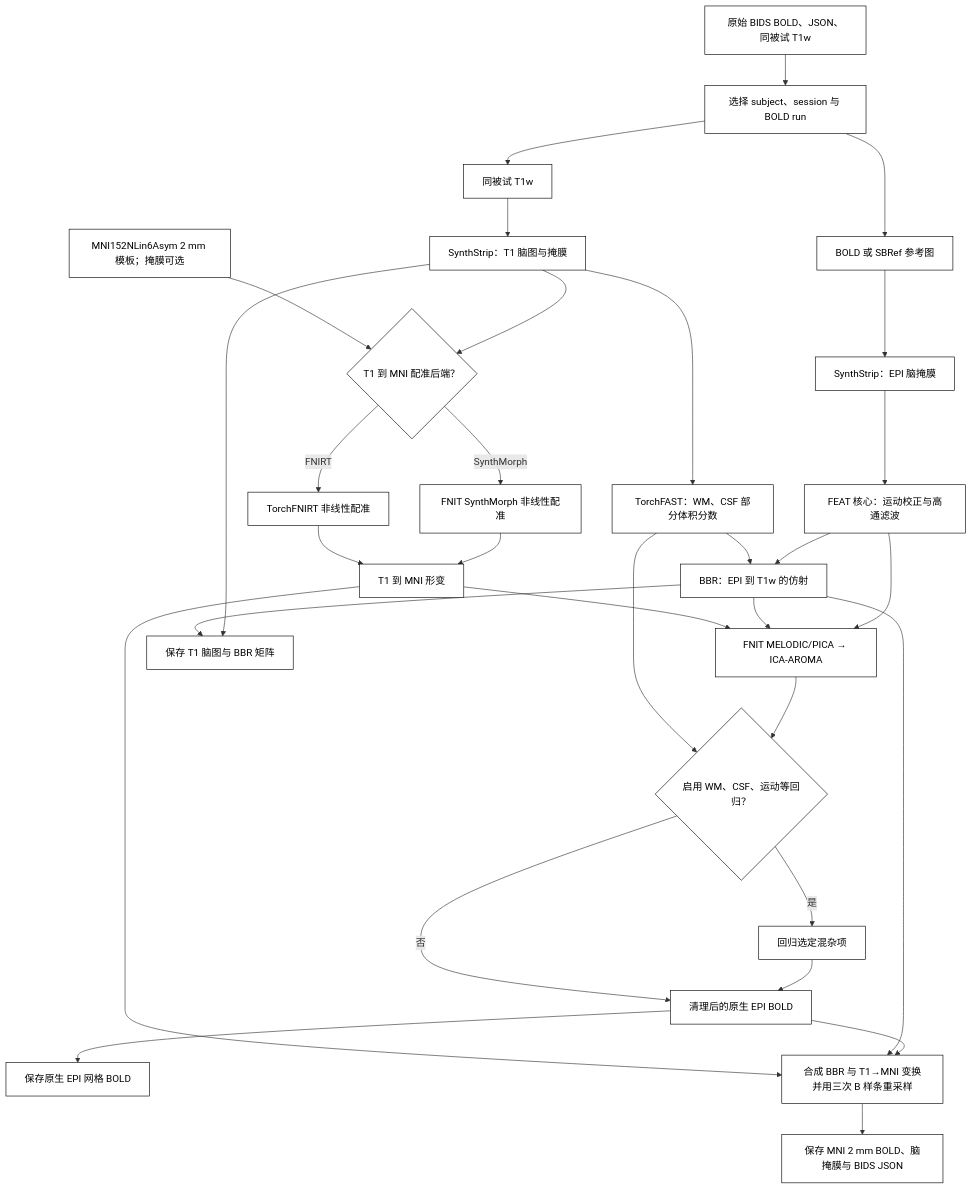
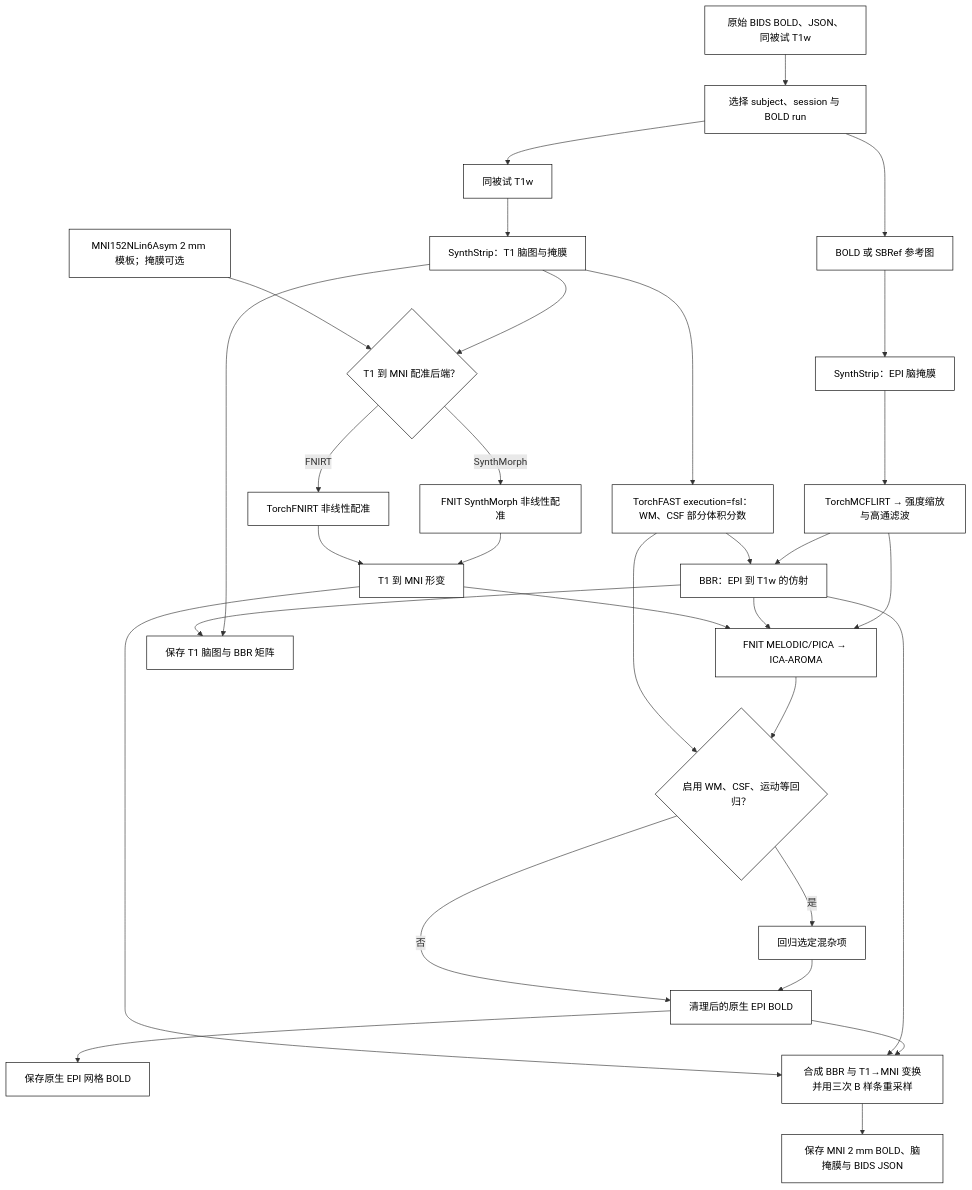
The diagram in docs/fmri/README.md (weikanggong1/Fudan-Neuroimaging-toolkit), drawn with Mermaid before and after one commit. The commit also changed other lines of this file and 38 other files, not shown here.

````diff
--- a/docs/fmri/README.md
+++ b/docs/fmri/README.md
@@ -7,31 +7,31 @@
 ```mermaid
 flowchart TD
     BIDS["原始 BIDS BOLD、JSON、同被试 T1w"] --> SEL["选择 subject、session 与 BOLD run"]
     SEL --> EPI["BOLD 或 SBRef 参考图"]
     SEL --> T1["同被试 T1w"]
-    EPI --> MASK["SynthStrip：EPI 脑掩膜"] --> FEAT["FEAT 核心：运动校正与高通滤波"]
-    T1 --> BRAIN["SynthStrip：T1 脑图与掩膜"] --> FAST["TorchFAST：WM、CSF 部分体积分数"]
+    EPI --> MASK["SynthStrip：EPI 脑掩膜"] --> FEAT["TorchMCFLIRT → 强度缩放与高通滤波"]
+    T1 --> BRAIN["SynthStrip：T1 脑图与掩膜"] --> FAST["TorchFAST execution=fsl：WM、CSF 部分体积分数"]
     FEAT --> BBR["BBR：EPI 到 T1w 的仿射"]
     FAST --> BBR
     BRAIN --> REG{"T1 到 MNI 配准后端？"}
     MNI["MNI152NLin6Asym 2 mm 模板；掩膜可选"] --> REG
     REG -- SynthMorph --> SM["FNIT SynthMorph 非线性配准"]
     REG -- FNIRT --> FN["TorchFNIRT 非线性配准"]
     SM --> XFM["T1 到 MNI 形变"]
     FN --> XFM
     FEAT --> ICA["FNIT MELODIC/PICA → ICA-AROMA"]
     BBR --> ICA
     XFM --> ICA
     ICA --> CONF{"启用 WM、CSF、运动等回归？"}
     FAST --> CONF
     CONF -- 是 --> REGRESS["回归选定混杂项"] --> CLEAN["清理后的原生 EPI BOLD"]
     CONF -- 否 --> CLEAN
     CLEAN --> NATIVE["保存原生 EPI 网格 BOLD"]
     BRAIN --> AUX["保存 T1 脑图与 BBR 矩阵"]
     BBR --> AUX
     CLEAN --> RESAMPLE["合成 BBR 与 T1→MNI 变换并用三次 B 样条重采样"]
     BBR --> RESAMPLE
     XFM --> RESAMPLE
     RESAMPLE --> OUT["保存 MNI 2 mm BOLD、脑掩膜与 BIDS JSON"]
     classDef default fill:#ffffff,stroke:#000000,color:#000000;
 ```
````
